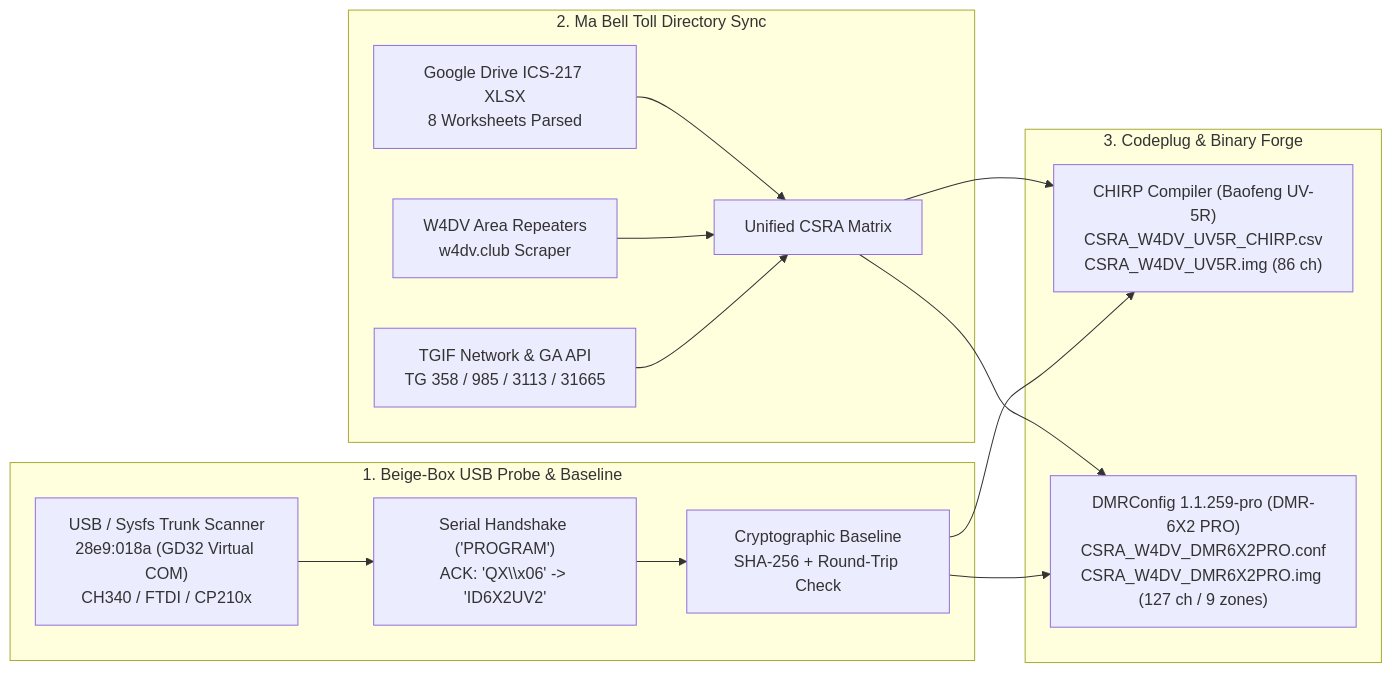
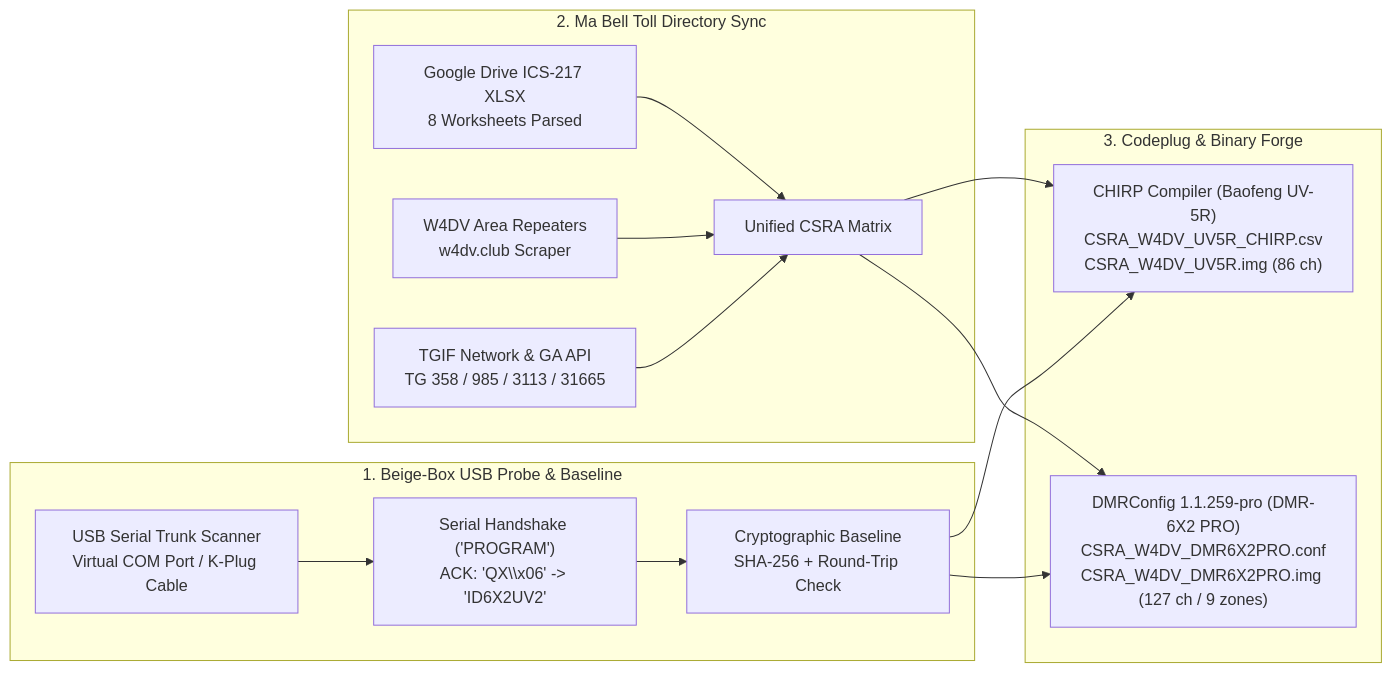
One commit to popeye1919/csra-ham-dmr-automation changed the diagram in README.md. Above: the diagram before and after it, drawn with Mermaid. The commit also changed other lines of this file and 1 other file, not shown here.

Commit message:
docs: sanitize USB hardware identifiers and local environment paths for OPSEC

````diff
--- a/README.md
+++ b/README.md
@@ -46,20 +46,20 @@
 ```mermaid
 flowchart LR
     subgraph Detection["1. Beige-Box USB Probe & Baseline"]
-        USB["USB / Sysfs Trunk Scanner<br/>28e9:018a (GD32 Virtual COM)<br/>CH340 / FTDI / CP210x"] --> Probe["Serial Handshake ('PROGRAM')<br/>ACK: 'QX\\x06' -> 'ID6X2UV2'"]
+        USB["USB Serial Trunk Scanner<br/>Virtual COM Port / K-Plug Cable"] --> Probe["Serial Handshake ('PROGRAM')<br/>ACK: 'QX\\x06' -> 'ID6X2UV2'"]
         Probe --> Stabilize["Cryptographic Baseline<br/>SHA-256 + Round-Trip Check"]
     end
 
     subgraph Ingestion["2. Ma Bell Toll Directory Sync"]
         GDrive["Google Drive ICS-217 XLSX<br/>8 Worksheets Parsed"] --> Parser["Unified CSRA Matrix"]
         W4DV["W4DV Area Repeaters<br/>w4dv.club Scraper"] --> Parser
         TGIF["TGIF Network & GA API<br/>TG 358 / 985 / 3113 / 31665"] --> Parser
     end
 
     subgraph Synthesis["3. Codeplug & Binary Forge"]
         Parser --> CHIRP["CHIRP Compiler (Baofeng UV-5R)<br/>CSRA_W4DV_UV5R_CHIRP.csv<br/>CSRA_W4DV_UV5R.img (86 ch)"]
         Parser --> DMR["DMRConfig 1.1.259-pro (DMR-6X2 PRO)<br/>CSRA_W4DV_DMR6X2PRO.conf<br/>CSRA_W4DV_DMR6X2PRO.img (127 ch / 9 zones)"]
         Stabilize --> CHIRP
         Stabilize --> DMR
     end
 ```
````
